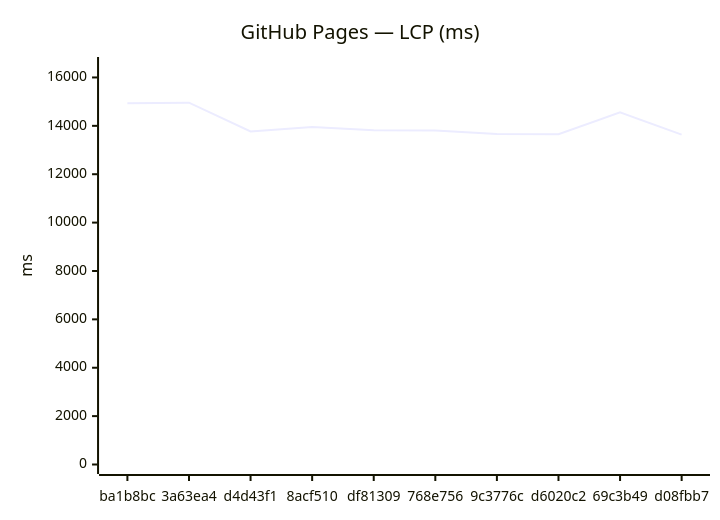
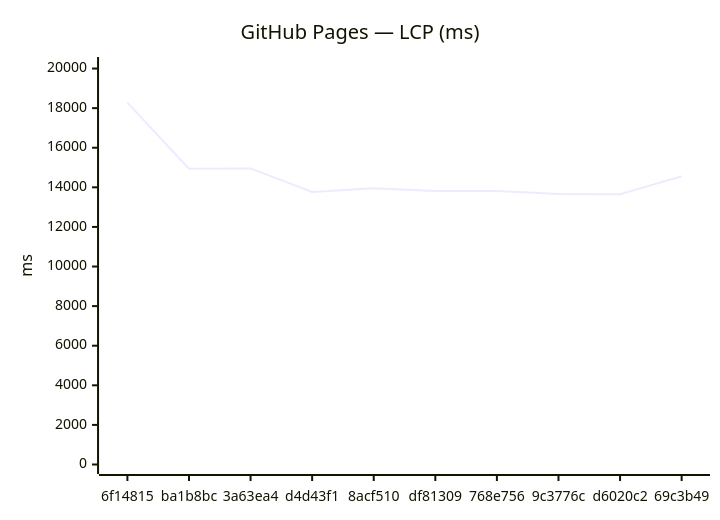
One commit to Metaheurist/Rianell changed the third of 18 diagrams in benchmarks/compare.md. Above: the diagram before and after it, drawn with Mermaid. The commit also changed other lines of this file and 11 other files, not shown here.

````diff
--- a/benchmarks/compare.md
+++ b/benchmarks/compare.md
@@ -54,7 +54,7 @@
 ```mermaid
 xychart-beta
     title "GitHub Pages — LCP (ms)"
-    x-axis ["ba1b8bc", "3a63ea4", "d4d43f1", "8acf510", "df81309", "768e756", "9c3776c", "d6020c2", "69c3b49", "d08fbb7"]
-    y-axis "ms" 0 --> 16453
-    line [14936, 14957, 13769, 13952, 13820, 13811, 13660, 13653, 14556, 13636]
+    x-axis ["6f14815", "ba1b8bc", "3a63ea4", "d4d43f1", "8acf510", "df81309", "768e756", "9c3776c", "d6020c2", "69c3b49"]
+    y-axis "ms" 0 --> 20103
+    line [18275, 14936, 14957, 13769, 13952, 13820, 13811, 13660, 13653, 14556]
 ```
````
